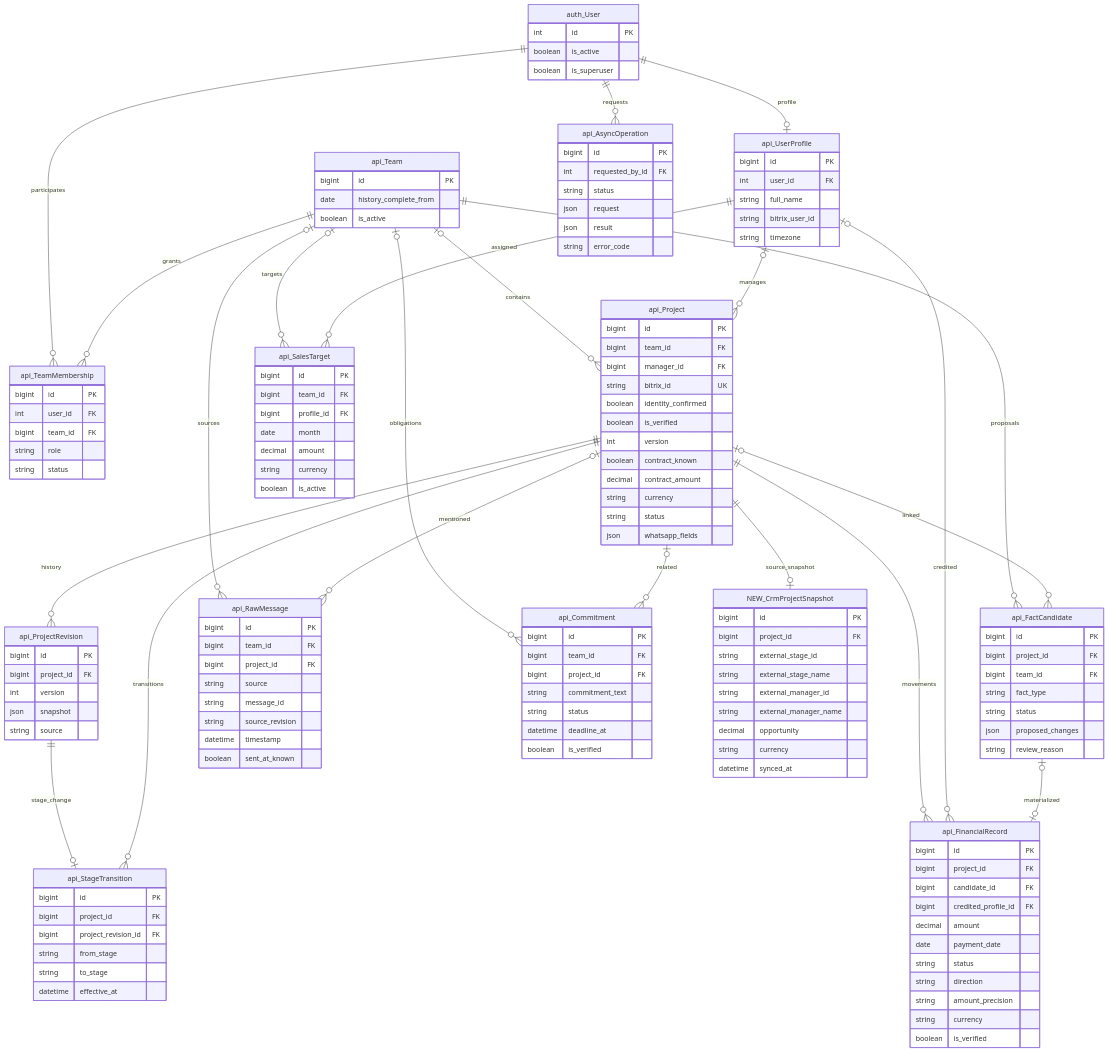
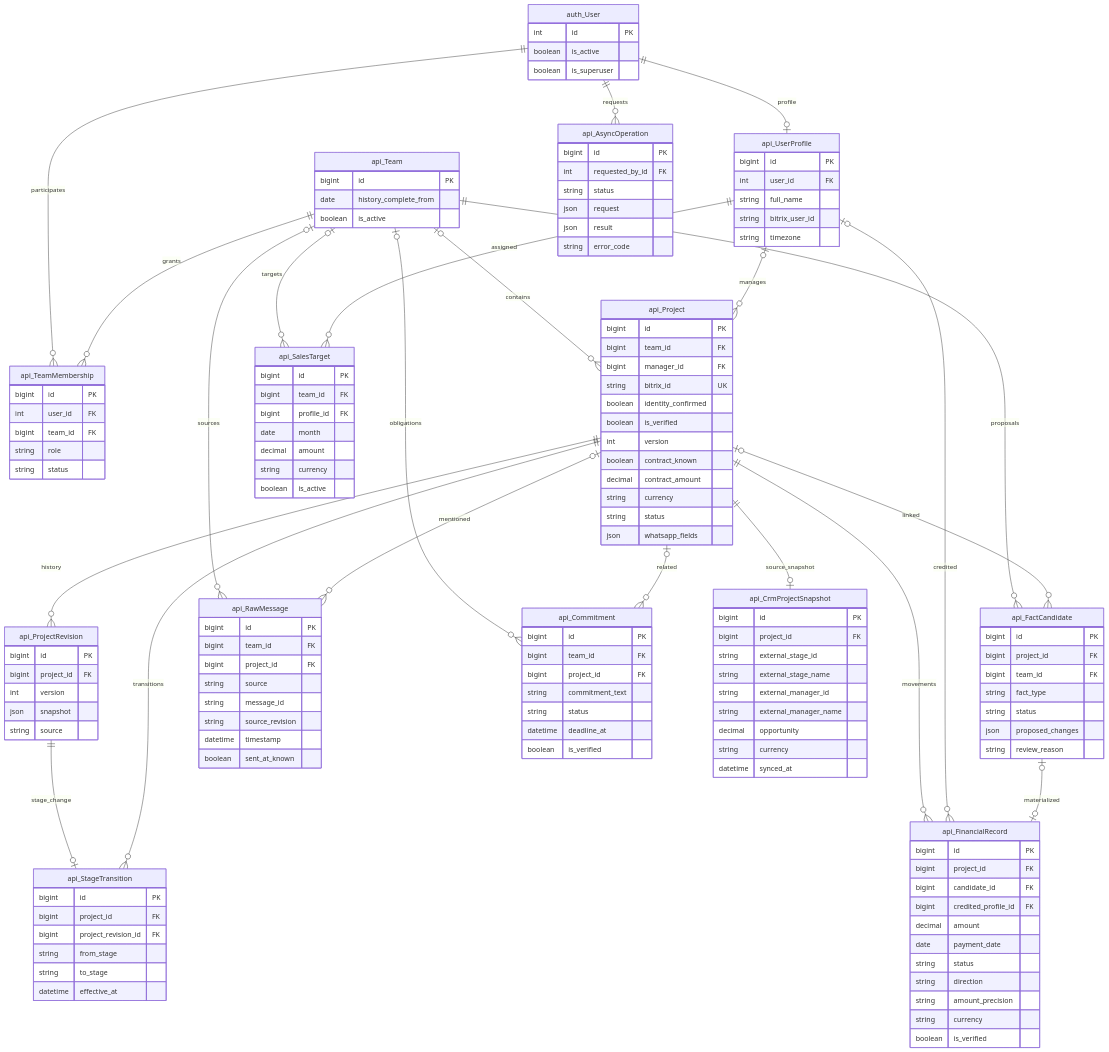
The first of 2 diagrams in specs/task_2026-10-07_18-36-59_MSK.md (envOnion/kz-mazory), drawn with Mermaid before and after one commit. The commit also changed other lines of this file and 6 other files, not shown here.

```diff
--- a/specs/task_2026-10-07_18-36-59_MSK.md
+++ b/specs/task_2026-10-07_18-36-59_MSK.md
@@ -29,7 +29,7 @@
     api_Team o|--o{ api_Commitment : obligations
     api_Project o|--o{ api_Commitment : related
     auth_User ||--o{ api_AsyncOperation : requests
-    api_Project ||--o| NEW_CrmProjectSnapshot : source_snapshot
+    api_Project ||--o| api_CrmProjectSnapshot : source_snapshot
 
     auth_User {
         int id PK
@@ -142,7 +142,7 @@
         json result
         string error_code
     }
-    NEW_CrmProjectSnapshot {
+    api_CrmProjectSnapshot {
         bigint id PK
         bigint project_id FK
         string external_stage_id
```
